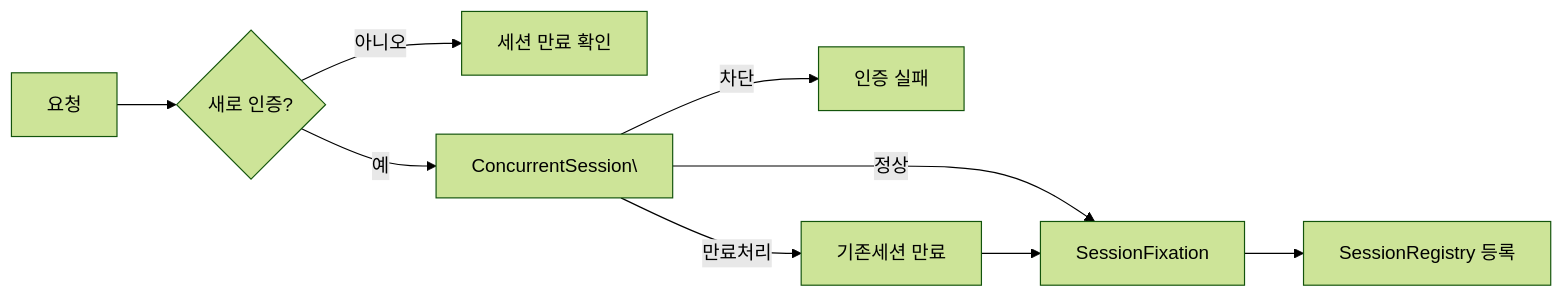
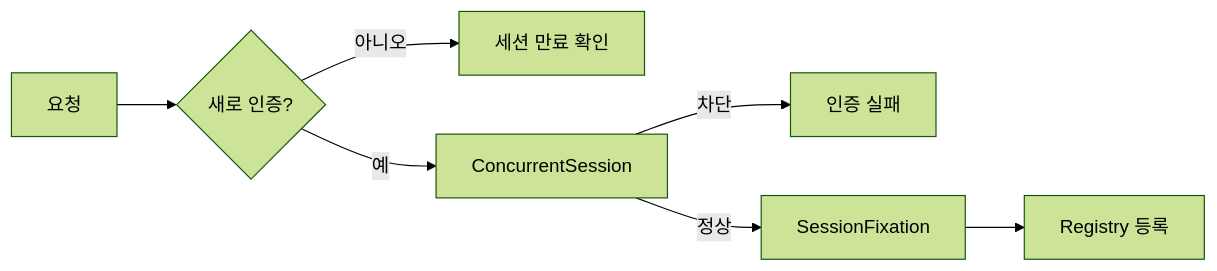
One commit to yjkim2015/yjkim2015.github.io changed the third of 4 diagrams in _posts/security/2021-02-18-세션 제어 필터.md. Above: the diagram before and after it, drawn with Mermaid (forest theme). The commit also changed other lines of this file and 163 other files, not shown here.

First line of the commit message:
Mermaid 300개 블록 내용 축소: 5노드 5엣지 이하, 의미 있는 약어

````diff
--- a/_posts/security/2021-02-18-세션 제어 필터.md
+++ b/_posts/security/2021-02-18-세션 제어 필터.md
@@ -112,11 +108,9 @@
 ```mermaid
-flowchart LR
+graph LR
     A["요청"] --> B{"새로 인증?"}
-    B -- "아니오" --> C["세션 만료 확인"]
-    B -- "예" --> D["ConcurrentSession\"]
-    D -- "차단" --> E["인증 실패"]
-    D -- "만료처리" --> F["기존세션 만료"]
-    D -- "정상" --> G["SessionFixation"]
-    F --> G
-    G --> H["SessionRegistry 등록"]
+    B -->|아니오| C["세션 만료 확인"]
+    B -->|예| D["ConcurrentSession"]
+    D -->|차단| E["인증 실패"]
+    D -->|정상| G["SessionFixation"]
+    G --> H["Registry 등록"]
 ```
````
